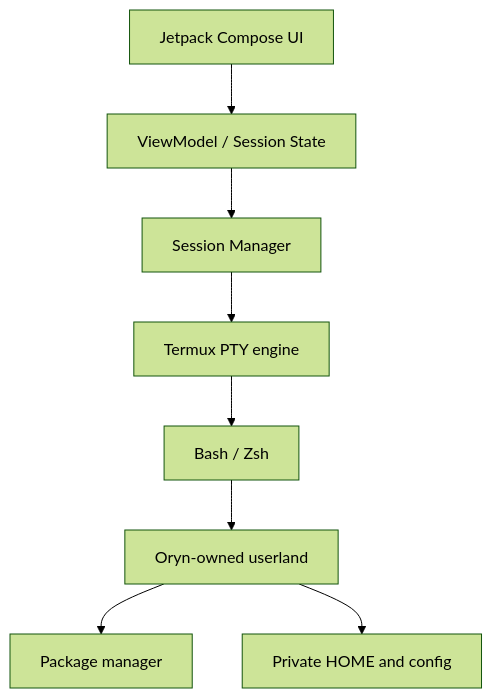
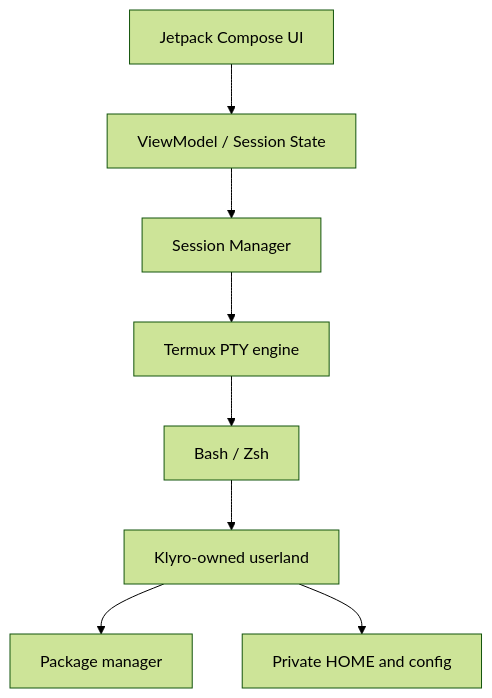
Before and after one commit to ja3kies/Klyro-Shell: the diagram in README.md, drawn with Mermaid (forest theme). The commit also changed other lines of this file, not shown here.

Commit message:
chore: rebrand project as Klyro

````diff
--- a/README.md
+++ b/README.md
@@ -133,10 +133,10 @@
 ```mermaid
 flowchart TD
     UI["Jetpack Compose UI"] --> VM["ViewModel / Session State"]
     VM --> SM["Session Manager"]
     SM --> PTY["Termux PTY engine"]
     PTY --> SHELL["Bash / Zsh"]
-    SHELL --> ENV["Oryn-owned userland"]
+    SHELL --> ENV["Klyro-owned userland"]
     ENV --> PKG["Package manager"]
     ENV --> HOME["Private HOME and config"]
 ```
````
